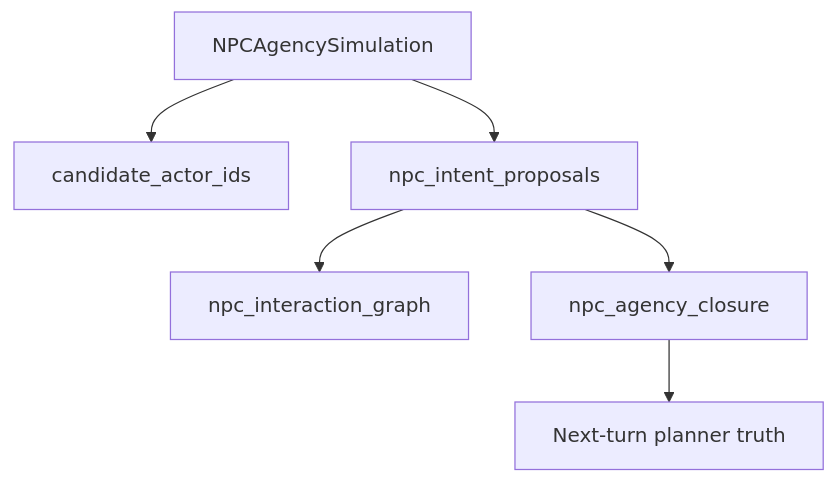
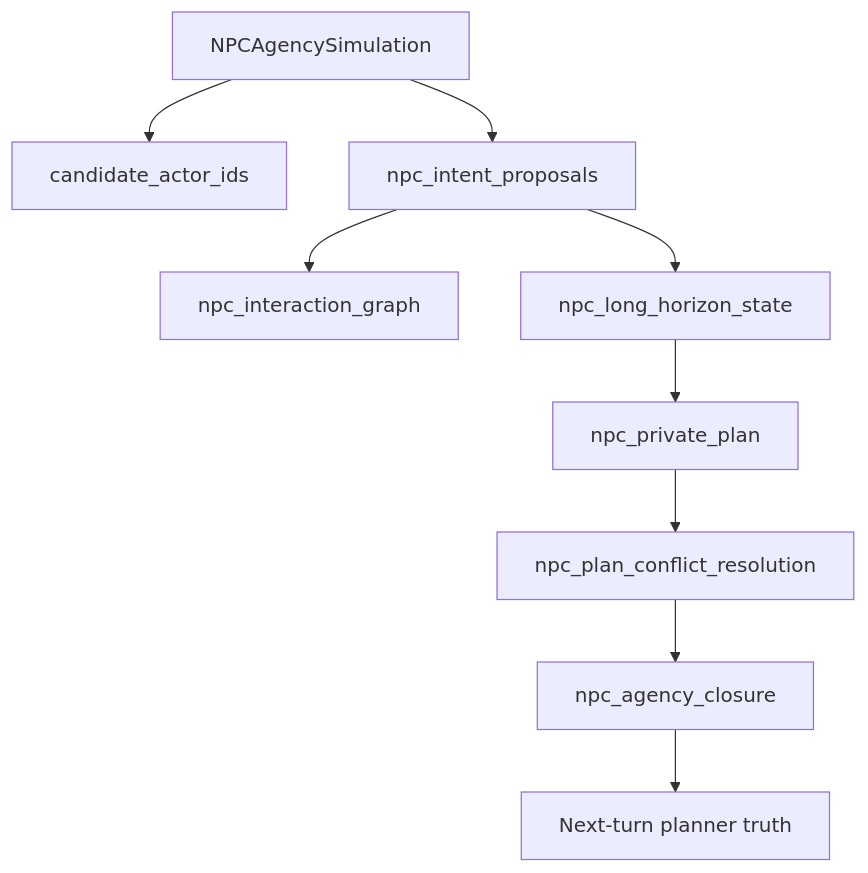
Before and after one commit to Held0fTheWelt/BLACKVEIN: the diagram in docs/ADR/MVP_Live_Runtime_Completion/adr-mvp3-012-npc-free-dramatic-agency.md, drawn with Mermaid. The commit also changed other lines of this file and 18 other files, not shown here.

````diff
--- a/docs/ADR/MVP_Live_Runtime_Completion/adr-mvp3-012-npc-free-dramatic-agency.md
+++ b/docs/ADR/MVP_Live_Runtime_Completion/adr-mvp3-012-npc-free-dramatic-agency.md
@@ -85,8 +90,11 @@
 ```mermaid
 flowchart TB
   SIM[NPCAgencySimulation] --> ROSTER[candidate_actor_ids]
   SIM --> PROPOSALS[npc_intent_proposals]
   PROPOSALS --> GRAPH[npc_interaction_graph]
-  PROPOSALS --> CLOSURE[npc_agency_closure]
+  PROPOSALS --> LONG[npc_long_horizon_state]
+  LONG --> PRIVATE[npc_private_plan]
+  PRIVATE --> RESOLVE[npc_plan_conflict_resolution]
+  RESOLVE --> CLOSURE[npc_agency_closure]
   CLOSURE --> NEXT[Next-turn planner truth]
 ```
````
